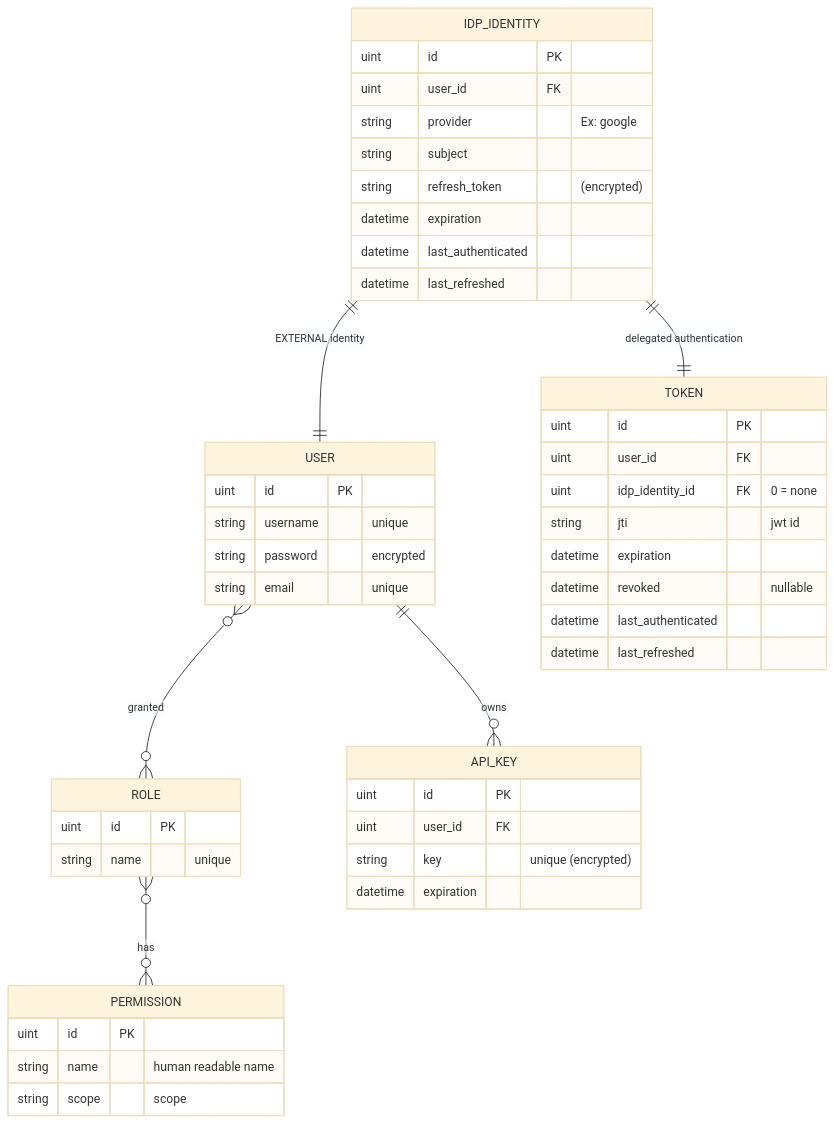
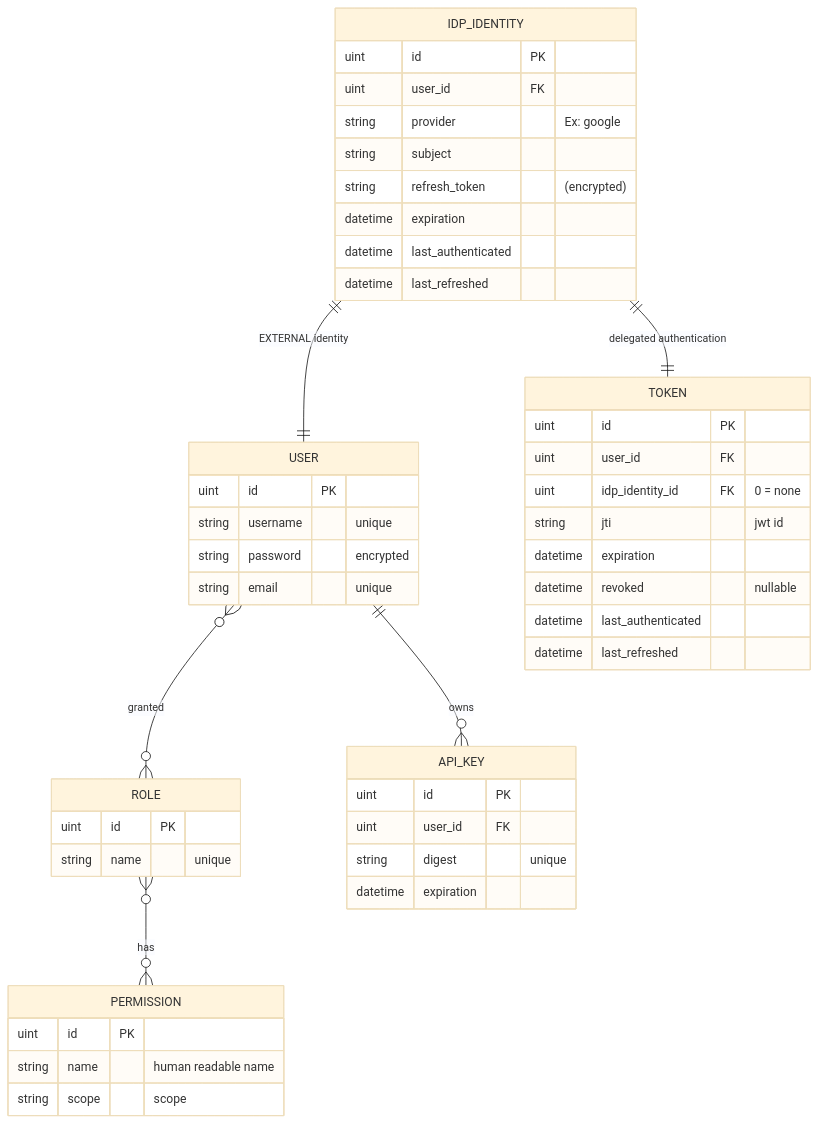
The first of 6 diagrams in enhancements/hub-oidc-provider/README.md (konveyor/enhancements), drawn with Mermaid (base theme) before and after one commit. The commit also changed other lines of this file, not shown here.

Commit message:
checkpoint

````diff
--- a/enhancements/hub-oidc-provider/README.md
+++ b/enhancements/hub-oidc-provider/README.md
@@ -143,55 +145,55 @@
 ```mermaid
 erDiagram
     USER }o--o{ ROLE : "granted"
     ROLE }o--o{ PERMISSION : "has"
     USER ||--o{ API_KEY : "owns"
     IDP_IDENTITY ||--|| USER : "EXTERNAL identity"
     IDP_IDENTITY ||--|| TOKEN : "delegated authentication"
 
     USER {
         uint id PK
         string username "unique"
         string password "encrypted"
         string email "unique"
     }
 
     ROLE {
         uint id PK
         string name "unique"
     }
 
     PERMISSION {
         uint id PK
         string name "human readable name"
         string scope "scope"
     }
 
     API_KEY {
         uint id PK
         uint user_id FK
-        string key "unique (encrypted)"
+        string digest "unique"
         datetime expiration
     }
 
     IDP_IDENTITY {
         uint id PK
         uint user_id FK
         string provider "Ex: google"
         string subject
         string refresh_token "(encrypted)"
         datetime expiration
         datetime last_authenticated
         datetime last_refreshed
     }
     
     TOKEN {
         uint id PK
         uint user_id FK
         uint idp_identity_id FK "0 = none"
         string jti "jwt id"
         datetime expiration
         datetime revoked "nullable"
         datetime last_authenticated
         datetime last_refreshed
     }
 ```
````
